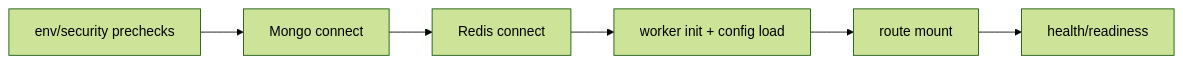
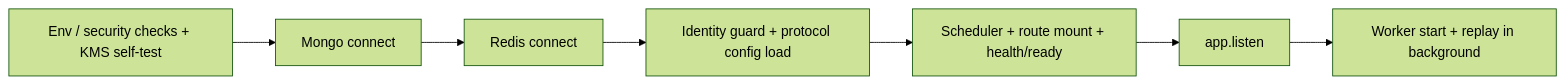
Before and after one commit to MyDemir/Araf-Protocol: the eighth of 14 diagrams in docs/EN/ARCHITECTURE.md, drawn with Mermaid (forest theme). The commit also changed other lines of this file and 1 other file, not shown here.

First line of the commit message:
docs(architecture): backend/worker/frontend bölümleri ve ek tablolar koda hizalandı (TR/EN)

````diff
--- a/docs/EN/ARCHITECTURE.md
+++ b/docs/EN/ARCHITECTURE.md
@@ -534,8 +561,9 @@
 ```mermaid
 flowchart LR
-    A[env/security prechecks] --> B[Mongo connect]
+    A[Env / security checks + KMS self-test] --> B[Mongo connect]
     B --> C[Redis connect]
-    C --> D[worker init + config load]
-    D --> E[route mount]
-    E --> F[health/readiness]
+    C --> D[Identity guard + protocol config load]
+    D --> E[Scheduler + route mount + health/ready]
+    E --> F[app.listen]
+    F --> G[Worker start + replay in background]
 ```
````
